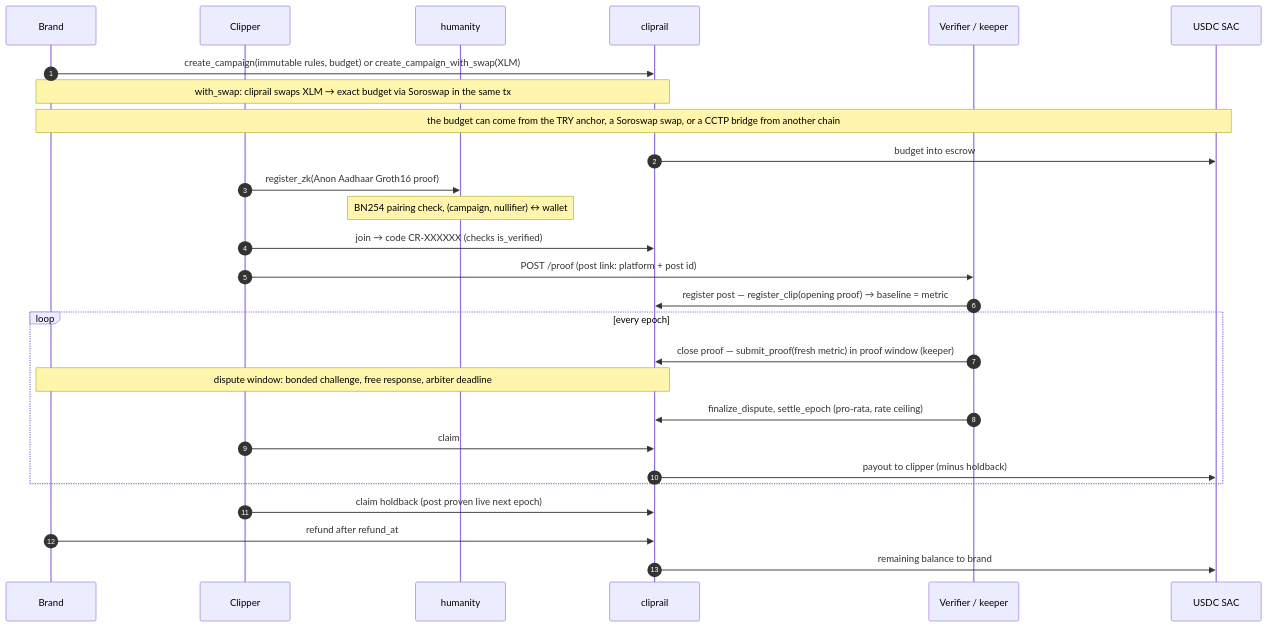
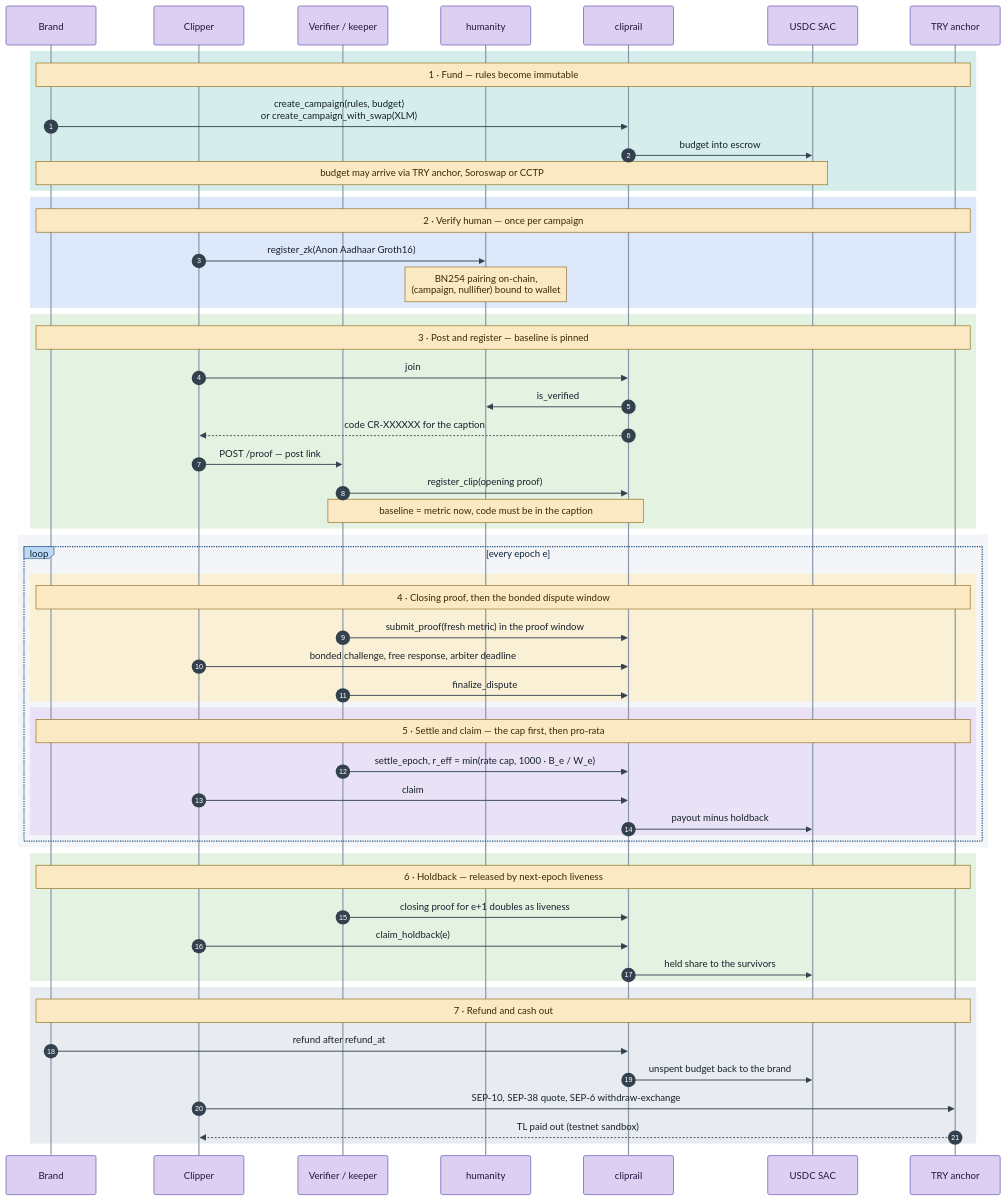
Before and after one commit to KayaKerem/cashtag-stellar: the third of 3 diagrams in README.md, drawn with Mermaid. The commit also changed other lines of this file, not shown here.

Commit message:
docs(readme): colour-coded diagrams, funding routes split, rate-ceiling explainer

````diff
--- a/README.md
+++ b/README.md
@@ -271,30 +347,67 @@
 ```mermaid
+%%{init: {"theme":"base","themeVariables":{"fontFamily":"ui-sans-serif, system-ui, -apple-system, sans-serif","fontSize":"14px","actorBkg":"#dcd0f2","actorBorder":"#5b3fa8","actorTextColor":"#241442","actorLineColor":"#8a97a8","signalColor":"#33414f","signalTextColor":"#16202c","labelBoxBkgColor":"#bcd8f5","labelBoxBorderColor":"#1f4e79","labelTextColor":"#0f2338","loopTextColor":"#0f2338","noteBkgColor":"#fbe9c4","noteBorderColor":"#8a6310","noteTextColor":"#3b2a06","sequenceNumberColor":"#ffffff"}}}%%
 sequenceDiagram
   autonumber
   participant B as Brand
   participant C as Clipper
+  participant V as Verifier / keeper
   participant H as humanity
   participant CR as cliprail
-  participant V as Verifier / keeper
   participant T as USDC SAC
+  participant AN as TRY anchor
 
-  B->>CR: create_campaign(immutable rules, budget) or create_campaign_with_swap(XLM)
-  Note over B,CR: with_swap: cliprail swaps XLM → exact budget via Soroswap in the same tx
-  Note over B,T: the budget can come from the TRY anchor, a Soroswap swap, or a CCTP bridge from another chain
-  CR->>T: budget into escrow
-  C->>H: register_zk(Anon Aadhaar Groth16 proof)
-  Note over H: BN254 pairing check, (campaign, nullifier) ↔ wallet
-  C->>CR: join → code CR-XXXXXX (checks is_verified)
-  C->>V: POST /proof (post link: platform + post id)
-  V->>CR: register post — register_clip(opening proof) → baseline = metric
-  loop every epoch
-    V->>CR: close proof — submit_proof(fresh metric) in proof window (keeper)
-    Note over B,CR: dispute window: bonded challenge, free response, arbiter deadline
-    V->>CR: finalize_dispute, settle_epoch (pro-rata, rate ceiling)
-    C->>CR: claim
-    CR->>T: payout to clipper (minus holdback)
+  rect rgb(214,238,235)
+    Note over B,AN: 1 · Fund — rules become immutable
+    B->>CR: create_campaign(rules, budget)<br/>or create_campaign_with_swap(XLM)
+    CR->>T: budget into escrow
+    Note over B,T: budget may arrive via TRY anchor, Soroswap or CCTP
   end
-  C->>CR: claim holdback (post proven live next epoch)
-  B->>CR: refund after refund_at
-  CR->>T: remaining balance to brand
+
+  rect rgb(221,232,250)
+    Note over B,AN: 2 · Verify human — once per campaign
+    C->>H: register_zk(Anon Aadhaar Groth16)
+    Note over H: BN254 pairing on-chain,<br/>(campaign, nullifier) bound to wallet
+  end
+
+  rect rgb(228,242,225)
+    Note over B,AN: 3 · Post and register — baseline is pinned
+    C->>CR: join
+    CR->>H: is_verified
+    CR-->>C: code CR-XXXXXX for the caption
+    C->>V: POST /proof — post link
+    V->>CR: register_clip(opening proof)
+    Note over V,CR: baseline = metric now, code must be in the caption
+  end
+
+  rect rgb(243,245,248)
+    loop every epoch e
+      rect rgb(250,240,214)
+        Note over B,AN: 4 · Closing proof, then the bonded dispute window
+        V->>CR: submit_proof(fresh metric) in the proof window
+        C->>CR: bonded challenge, free response, arbiter deadline
+        V->>CR: finalize_dispute
+      end
+      rect rgb(233,226,247)
+        Note over B,AN: 5 · Settle and claim — the cap first, then pro-rata
+        V->>CR: settle_epoch, r_eff = min(rate cap, 1000 · B_e / W_e)
+        C->>CR: claim
+        CR->>T: payout minus holdback
+      end
+    end
+  end
+
+  rect rgb(228,242,225)
+    Note over B,AN: 6 · Holdback — released by next-epoch liveness
+    V->>CR: closing proof for e+1 doubles as liveness
+    C->>CR: claim_holdback(e)
+    CR->>T: held share to the survivors
+  end
+
+  rect rgb(232,236,240)
+    Note over B,AN: 7 · Refund and cash out
+    B->>CR: refund after refund_at
+    CR->>T: unspent budget back to the brand
+    C->>AN: SEP-10, SEP-38 quote, SEP-6 withdraw-exchange
+    AN-->>C: TL paid out (testnet sandbox)
+  end
 ```
````
